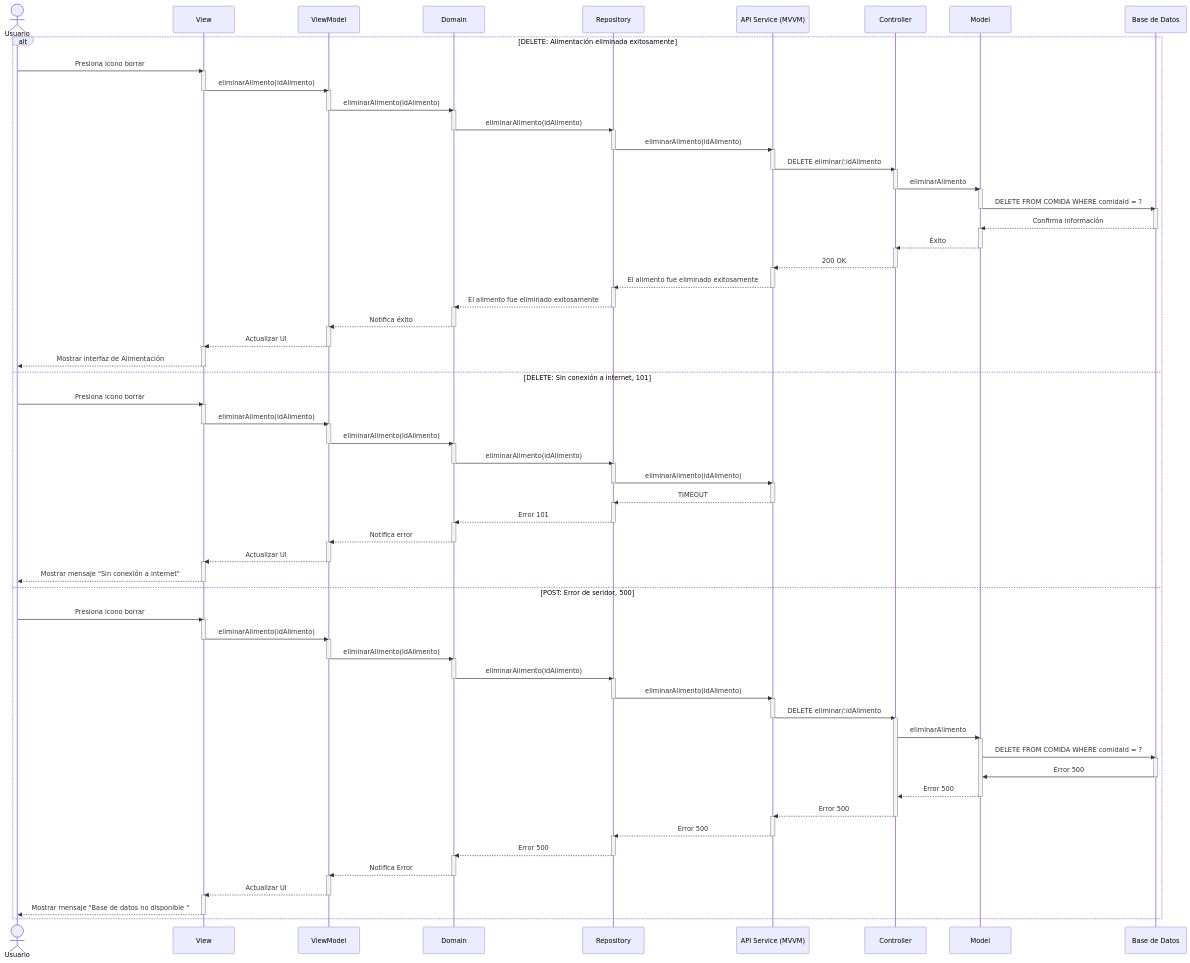
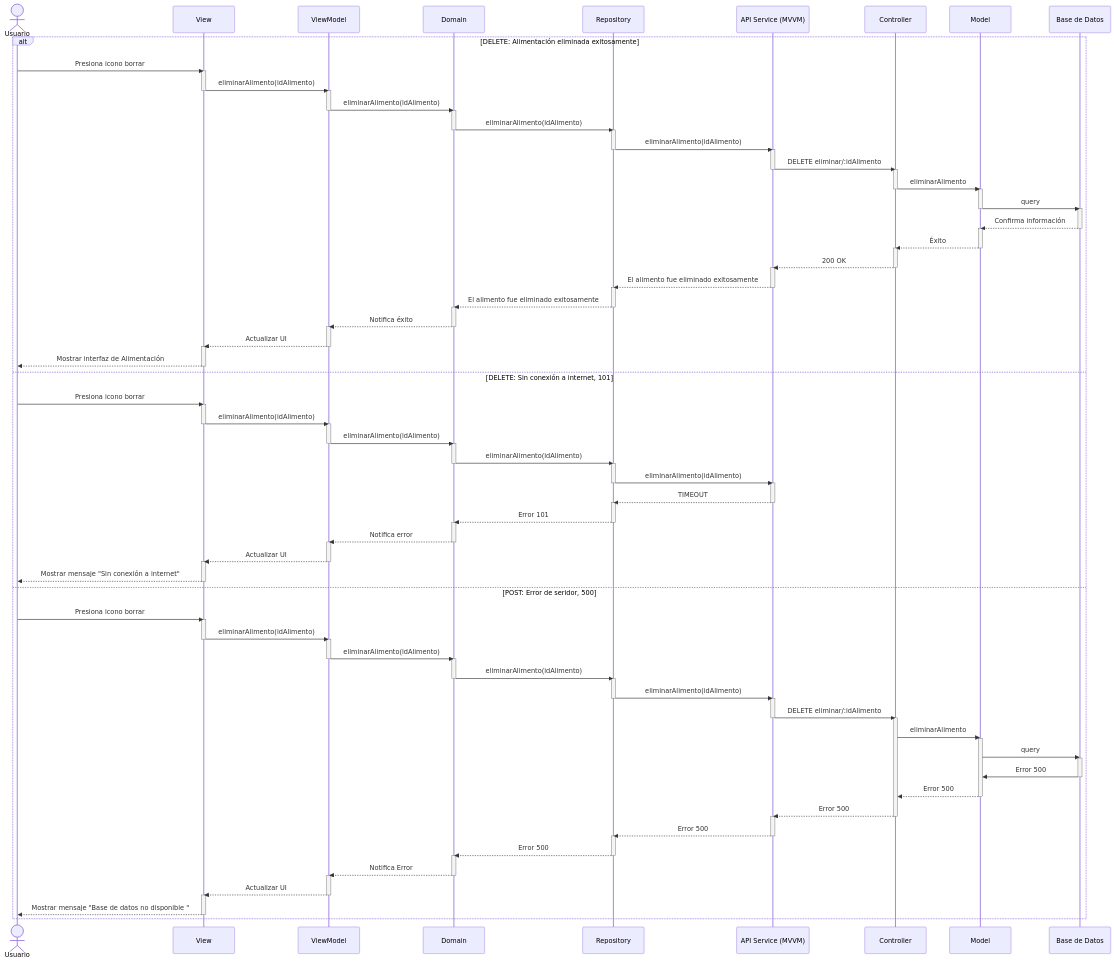
One commit to CodeAnd-Co/Documentacion changed the diagram in documentation/docs/proyectos/larvas/documentacion/requisitos/RF25.md. Above: the diagram before and after it, drawn with Mermaid. The commit also changed 2 other files, not shown here.

Commit message:
Corregir diagramas de secuencia

```diff
--- a/documentation/docs/proyectos/larvas/documentacion/requisitos/RF25.md
+++ b/documentation/docs/proyectos/larvas/documentacion/requisitos/RF25.md
@@ -64,7 +64,7 @@
         deactivate Controller
         activate Model
 
-        Model->>Database: DELETE FROM COMIDA WHERE comidaId = ?   
+        Model->>Database: query
         deactivate Model
         activate Database
 
@@ -167,7 +167,7 @@
         
         activate Model
 
-        Model->>Database: DELETE FROM COMIDA WHERE comidaId = ?   
+        Model->>Database: query  
      
         activate Database
 
```
